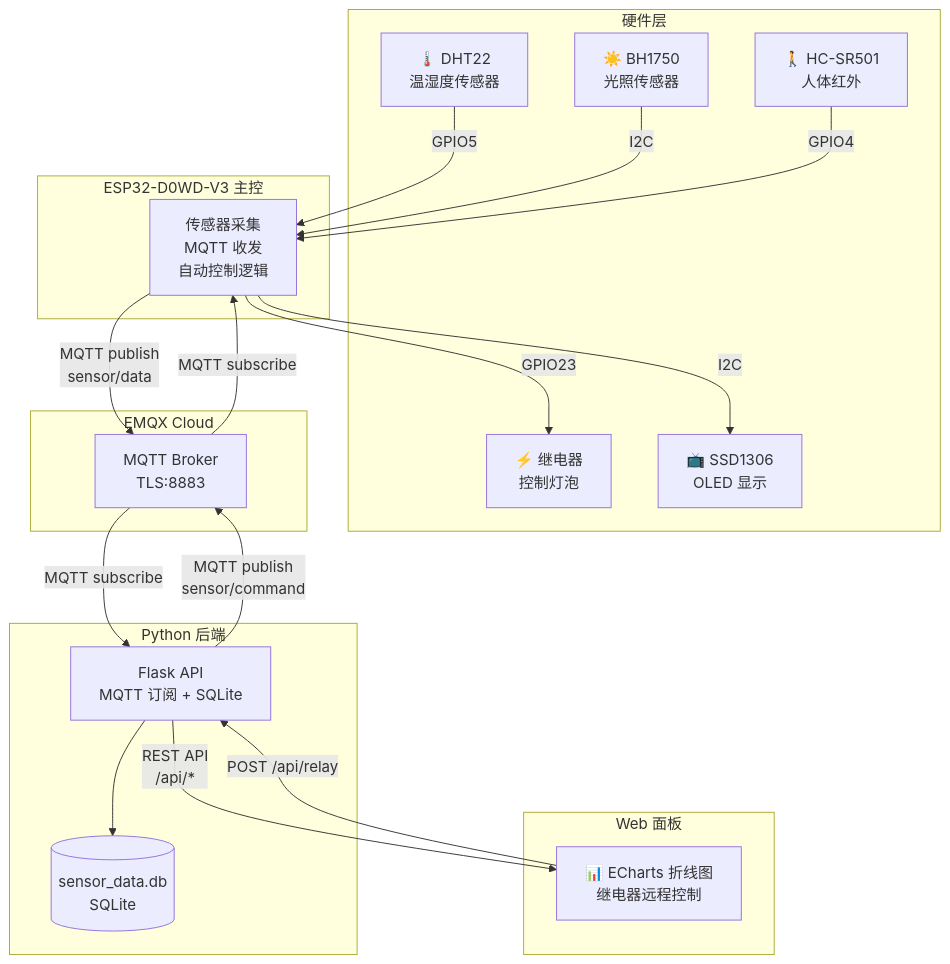
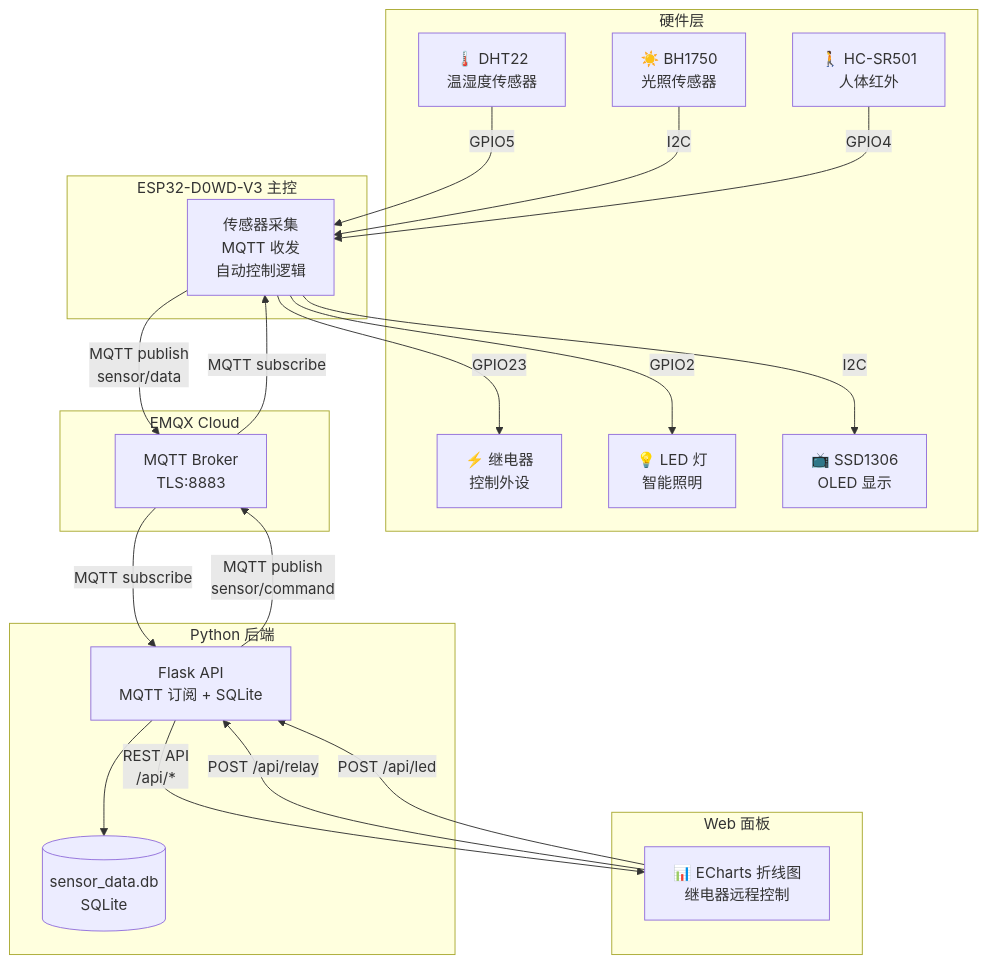
One commit to 2606131950-boop/smart-home-workbench changed the diagram in README.md. Above: the diagram before and after it, drawn with Mermaid. The commit also changed other lines of this file and 10 other files, not shown here.

````diff
--- a/README.md
+++ b/README.md
@@ -9,41 +9,44 @@
 ```mermaid
 graph TB
     subgraph 硬件层
         DHT22["🌡️ DHT22<br/>温湿度传感器"]
         BH1750["☀️ BH1750<br/>光照传感器"]
         PIR["🚶 HC-SR501<br/>人体红外"]
-        RELAY["⚡ 继电器<br/>控制灯泡"]
+        RELAY["⚡ 继电器<br/>控制外设"]
+        LED["💡 LED 灯<br/>智能照明"]
         OLED["📺 SSD1306<br/>OLED 显示"]
     end
 
     subgraph ESP32["ESP32-D0WD-V3 主控"]
         MCU["传感器采集<br/>MQTT 收发<br/>自动控制逻辑"]
     end
 
     subgraph 云端["EMQX Cloud"]
         BROKER["MQTT Broker<br/>TLS:8883"]
     end
 
     subgraph 后端["Python 后端"]
         FLASK["Flask API<br/>MQTT 订阅 + SQLite"]
         DB[("sensor_data.db<br/>SQLite")]
     end
 
     subgraph 前端["Web 面板"]
         WEB["📊 ECharts 折线图<br/>继电器远程控制"]
     end
 
     DHT22 -->|GPIO5| MCU
     BH1750 -->|I2C| MCU
     PIR -->|GPIO4| MCU
     MCU -->|GPIO23| RELAY
+    MCU -->|GPIO2| LED
     MCU -->|I2C| OLED
 
     MCU -->|"MQTT publish<br/>sensor/data"| BROKER
     BROKER -->|"MQTT subscribe"| FLASK
     FLASK --> DB
     FLASK -->|"REST API<br/>/api/*"| WEB
     WEB -->|"POST /api/relay"| FLASK
+    WEB -->|"POST /api/led"| FLASK
     FLASK -->|"MQTT publish<br/>sensor/command"| BROKER
     BROKER -->|"MQTT subscribe"| MCU
 ```
````
